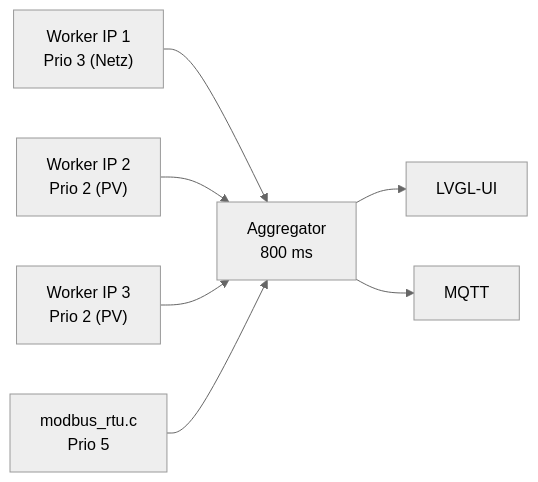
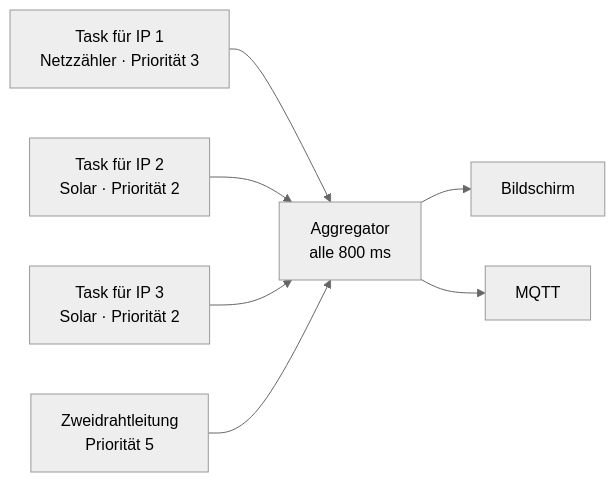
Before and after one commit to FMDHET/deye-inverter-display-esp32-p4: the diagram in wiki/Modbus-TCP.md, drawn with Mermaid (neutral theme). The commit also changed other lines of this file and 16 other files, not shown here.

````diff
--- a/wiki/Modbus-TCP.md
+++ b/wiki/Modbus-TCP.md
@@ -45,9 +89,9 @@
 ```mermaid
 flowchart LR
-    W1["Worker IP 1<br/>Prio 3 (Netz)"] --> AG
-    W2["Worker IP 2<br/>Prio 2 (PV)"] --> AG
-    W3["Worker IP 3<br/>Prio 2 (PV)"] --> AG
-    RTU["modbus_rtu.c<br/>Prio 5"] --> AG
-    AG["Aggregator<br/>800 ms"] --> UI["LVGL-UI"]
+    W1["Task für IP 1<br/>Netzzähler · Priorität 3"] --> AG
+    W2["Task für IP 2<br/>Solar · Priorität 2"] --> AG
+    W3["Task für IP 3<br/>Solar · Priorität 2"] --> AG
+    RTU["Zweidrahtleitung<br/>Priorität 5"] --> AG
+    AG["Aggregator<br/>alle 800 ms"] --> UI["Bildschirm"]
     AG --> MQ["MQTT"]
 ```
````
